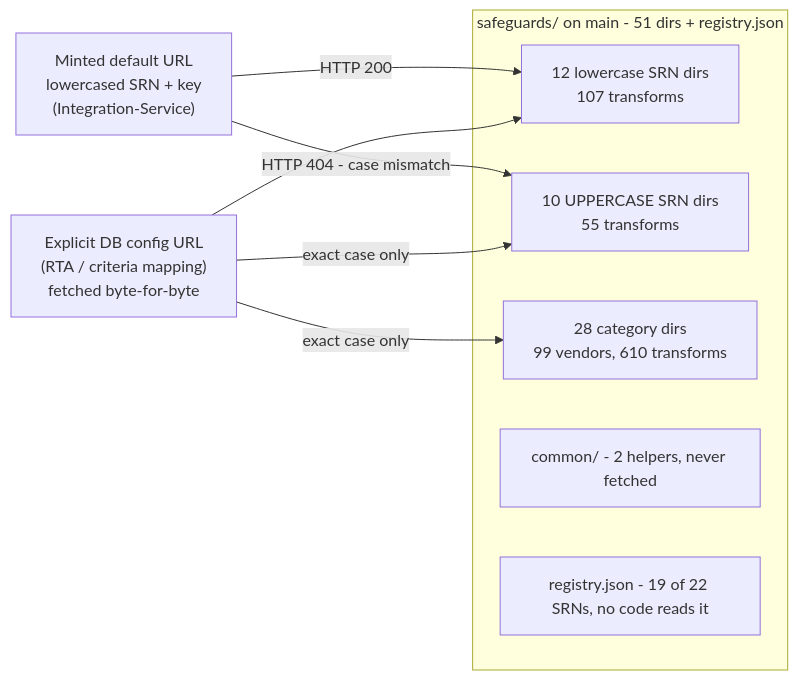
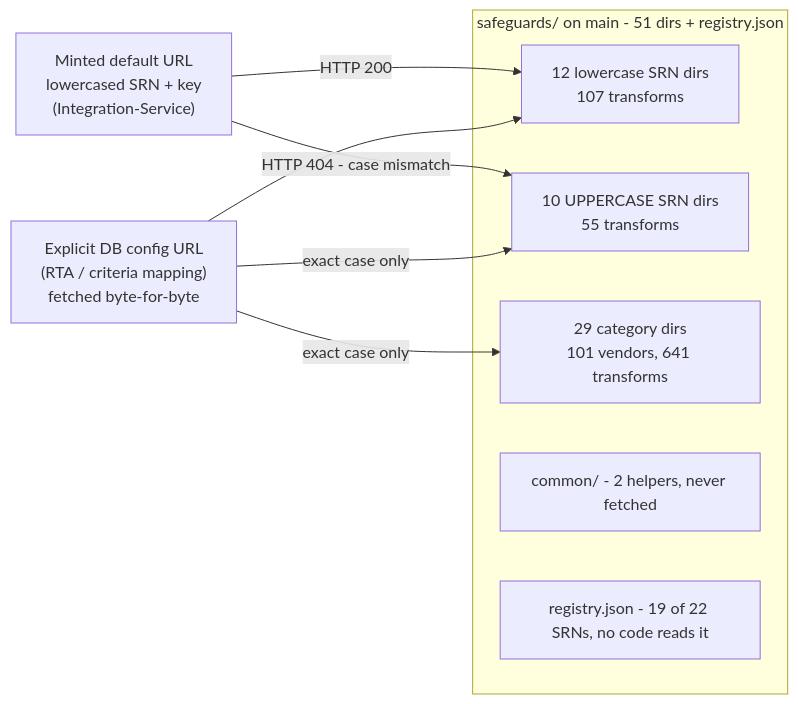
The first of 2 diagrams in docs2/04-catalog.md (spektrum-labs/Transformations), drawn with Mermaid before and after one commit. The commit also changed other lines of this file and 7 other files, not shown here.

````diff
--- a/docs2/04-catalog.md
+++ b/docs2/04-catalog.md
@@ -19,17 +19,17 @@
 ```mermaid
 flowchart LR
     MINT["Minted default URL<br/>lowercased SRN + key<br/>(Integration-Service)"]
     RTA["Explicit DB config URL<br/>(RTA / criteria mapping)<br/>fetched byte-for-byte"]
     subgraph SAFE["safeguards/ on main - 51 dirs + registry.json"]
         LC["12 lowercase SRN dirs<br/>107 transforms"]
         UC["10 UPPERCASE SRN dirs<br/>55 transforms"]
-        CAT["28 category dirs<br/>99 vendors, 610 transforms"]
+        CAT["29 category dirs<br/>101 vendors, 641 transforms"]
         COM["common/ - 2 helpers, never fetched"]
         REG["registry.json - 19 of 22 SRNs, no code reads it"]
     end
     MINT -->|"HTTP 200"| LC
     MINT -->|"HTTP 404 - case mismatch"| UC
     RTA -->|"exact case only"| UC
     RTA -->|"exact case only"| CAT
     RTA --> LC
 ```
````
